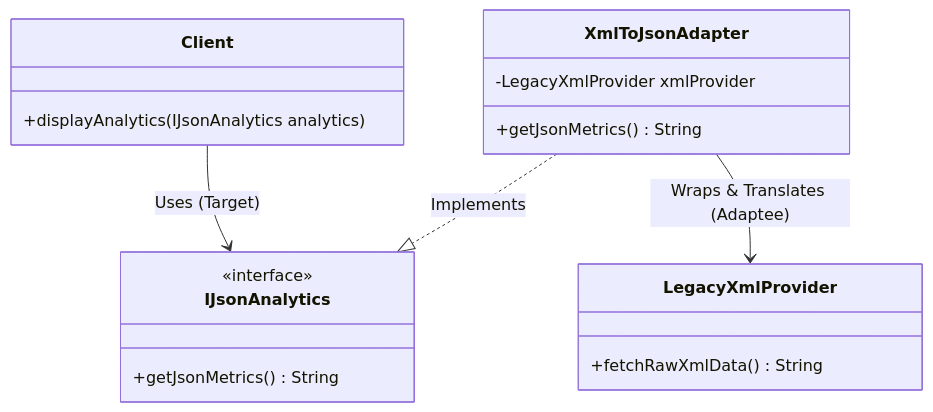
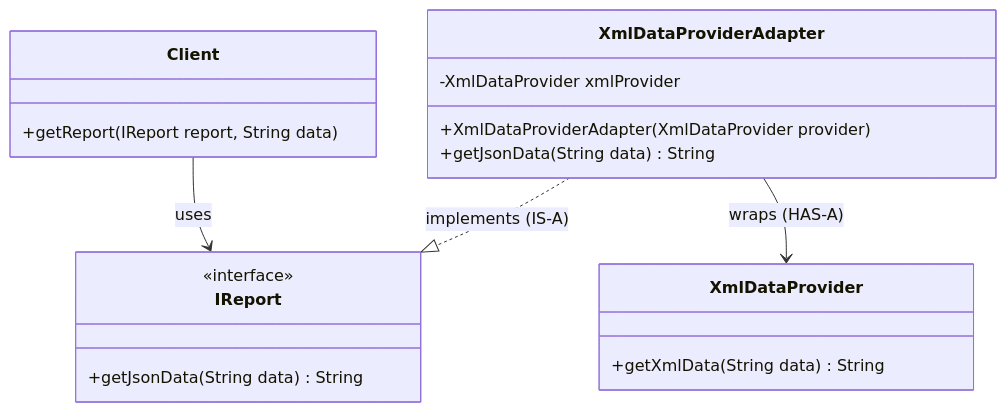
The diagram in 04-OOPs-and-Design-Patterns/03-Design-Patterns/16-Adapter-Design-Pattern.md (rohithgowda18/Notes), drawn with Mermaid before and after one commit. The commit also changed other lines of this file and 39 other files, not shown here.

````diff
--- a/04-OOPs-and-Design-Patterns/03-Design-Patterns/16-Adapter-Design-Pattern.md
+++ b/04-OOPs-and-Design-Patterns/03-Design-Patterns/16-Adapter-Design-Pattern.md
@@ -7,21 +109,25 @@
 ```mermaid
 classDiagram
     class Client {
-        +displayAnalytics(IJsonAnalytics analytics)
-    }
-    class IJsonAnalytics {
-        <<interface>>
-        +getJsonMetrics() String
-    }
-    class XmlToJsonAdapter {
-        -LegacyXmlProvider xmlProvider
-        +getJsonMetrics() String
-    }
-    class LegacyXmlProvider {
-        +fetchRawXmlData() String
+        +getReport(IReport report, String data)
     }
 
-    Client --> IJsonAnalytics : Uses (Target)
-    XmlToJsonAdapter ..|> IJsonAnalytics : Implements
-    XmlToJsonAdapter --> LegacyXmlProvider : Wraps & Translates (Adaptee)
+    class IReport {
+        <<interface>>
+        +getJsonData(String data) String
+    }
+
+    class XmlDataProviderAdapter {
+        -XmlDataProvider xmlProvider
+        +XmlDataProviderAdapter(XmlDataProvider provider)
+        +getJsonData(String data) String
+    }
+
+    class XmlDataProvider {
+        +getXmlData(String data) String
+    }
+
+    Client --> IReport : uses
+    XmlDataProviderAdapter ..|> IReport : implements (IS-A)
+    XmlDataProviderAdapter --> XmlDataProvider : wraps (HAS-A)
 ```
````
